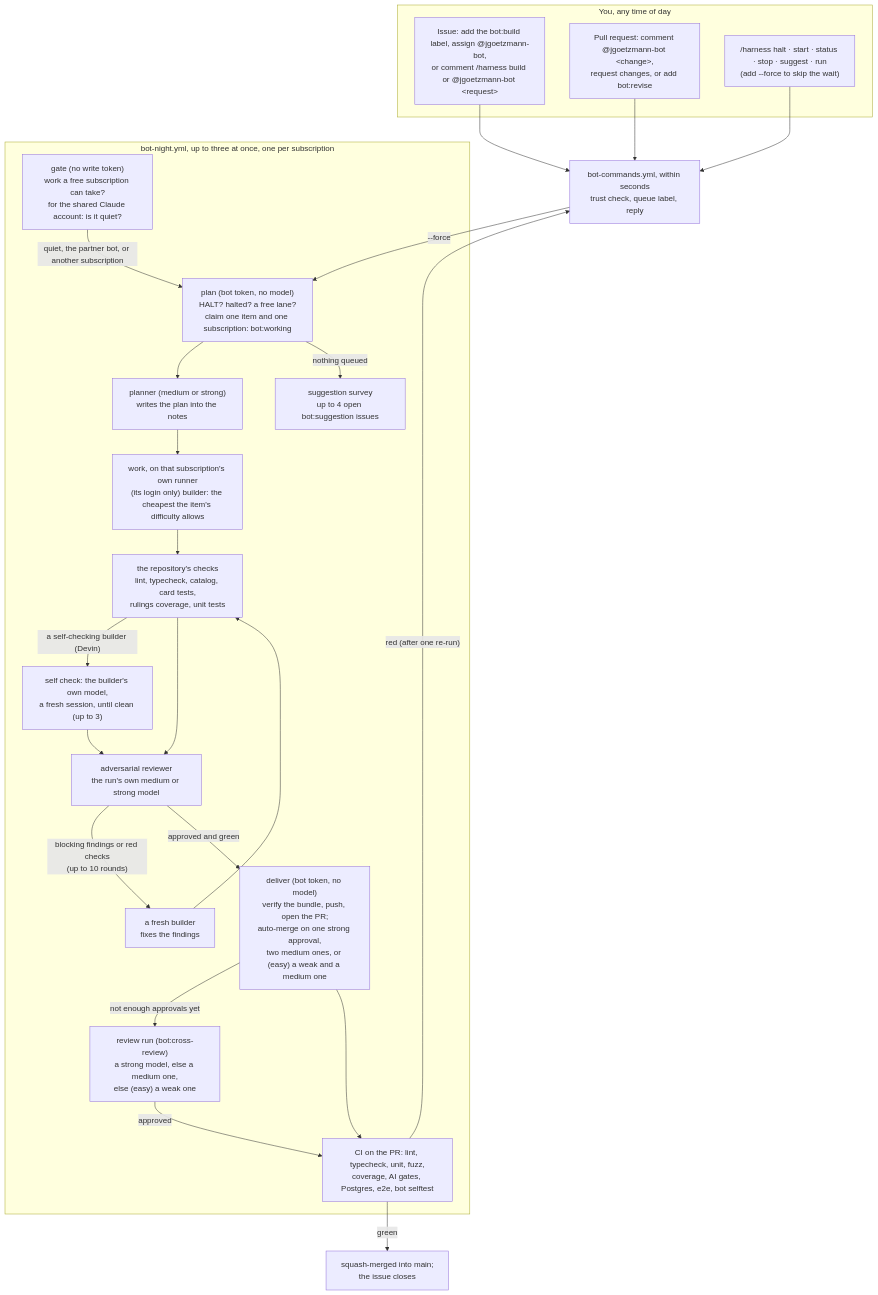
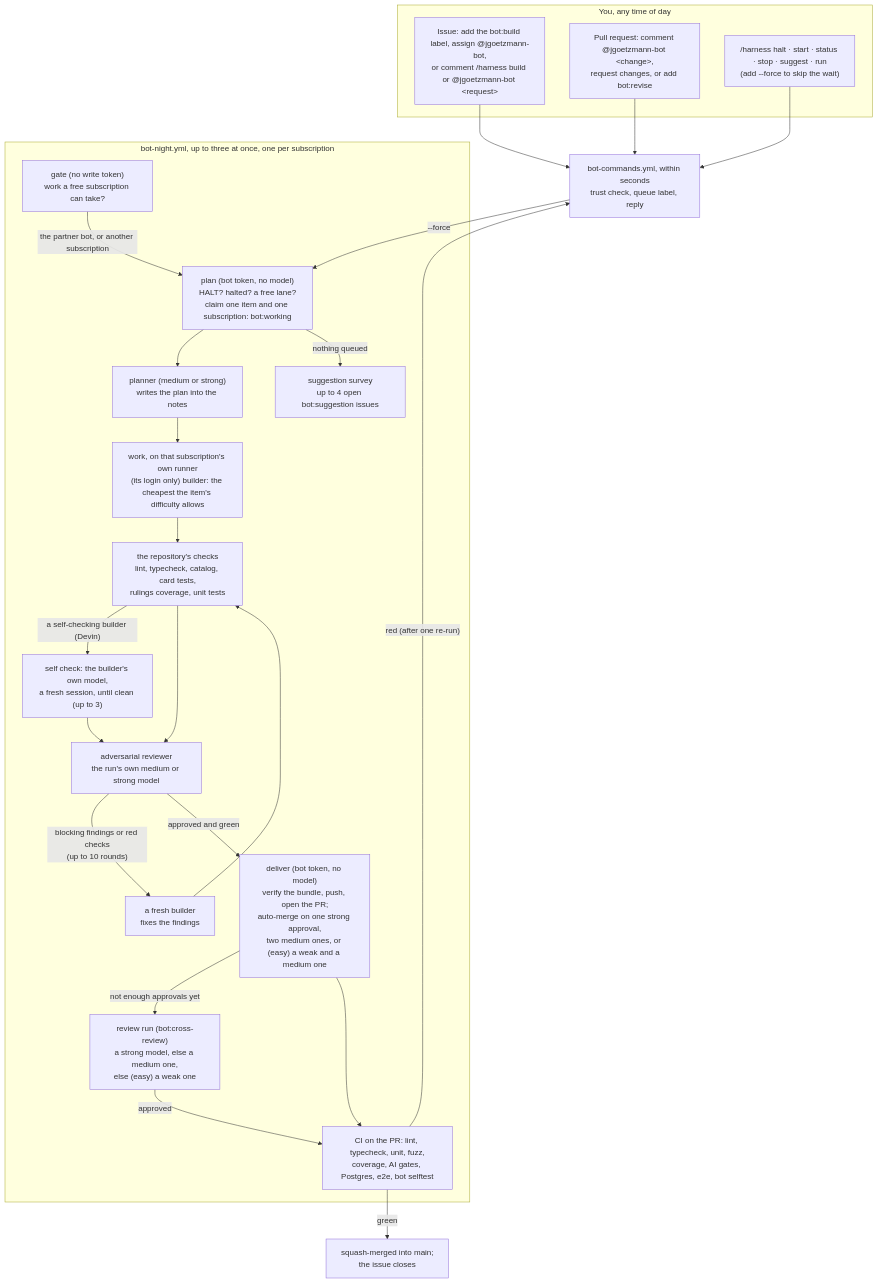
The diagram in bot/README.md (Jlore-Studios/JackiOh), drawn with Mermaid before and after one commit. The commit also changed other lines of this file and 6 other files, not shown here.

Commit message:
spend claude-1 like any other subscription: no more gate wait for quiet

````diff
--- a/bot/README.md
+++ b/bot/README.md
@@ -24,33 +24,33 @@
 ```mermaid
 flowchart TD
   subgraph you["You, any time of day"]
     I["Issue: add the bot:build label, assign @jgoetzmann-bot,<br/>or comment /harness build or @jgoetzmann-bot &lt;request&gt;"]
     P["Pull request: comment @jgoetzmann-bot &lt;change&gt;,<br/>request changes, or add bot:revise"]
     K["/harness halt · start · status · stop · suggest · run<br/>(add --force to skip the wait)"]
   end
   I --> E
   P --> E
   K --> E
   E["bot-commands.yml, within seconds<br/>trust check, queue label, reply"]
   E -- "--force" --> PL
   subgraph night["bot-night.yml, up to three at once, one per subscription"]
-    GA["gate (no write token)<br/>work a free subscription can take?<br/>for the shared Claude account: is it quiet?"]
-    GA -- "quiet, the partner bot, or another subscription" --> PL
+    GA["gate (no write token)<br/>work a free subscription can take?"]
+    GA -- "the partner bot, or another subscription" --> PL
     PL["plan (bot token, no model)<br/>HALT? halted? a free lane?<br/>claim one item and one subscription: bot:working"]
     PL --> PN["planner (medium or strong)<br/>writes the plan into the notes"]
     PN --> B["work, on that subscription's own runner<br/>(its login only) builder: the cheapest the item's difficulty allows"]
     B --> G["the repository's checks<br/>lint, typecheck, catalog, card tests,<br/>rulings coverage, unit tests"]
     G -- "a self-checking builder (Devin)" --> SC["self check: the builder's own model,<br/>a fresh session, until clean (up to 3)"]
     SC --> R
     G --> R["adversarial reviewer<br/>the run's own medium or strong model"]
     R -- "blocking findings or red checks<br/>(up to 10 rounds)" --> F["a fresh builder<br/>fixes the findings"]
     F --> G
     R -- "approved and green" --> D["deliver (bot token, no model)<br/>verify the bundle, push, open the PR;<br/>auto-merge on one strong approval,<br/>two medium ones, or (easy) a weak and a medium one"]
     D -- "not enough approvals yet" --> X["review run (bot:cross-review)<br/>a strong model, else a medium one,<br/>else (easy) a weak one"]
     X -- "approved" --> CI
     PL -- "nothing queued" --> S["suggestion survey<br/>up to 4 open bot:suggestion issues"]
   end
   D --> CI["CI on the PR: lint, typecheck, unit, fuzz,<br/>coverage, AI gates, Postgres, e2e, bot selftest"]
   CI -- "green" --> M["squash-merged into main;<br/>the issue closes"]
   CI -- "red (after one re-run)" --> E
 ```
````
